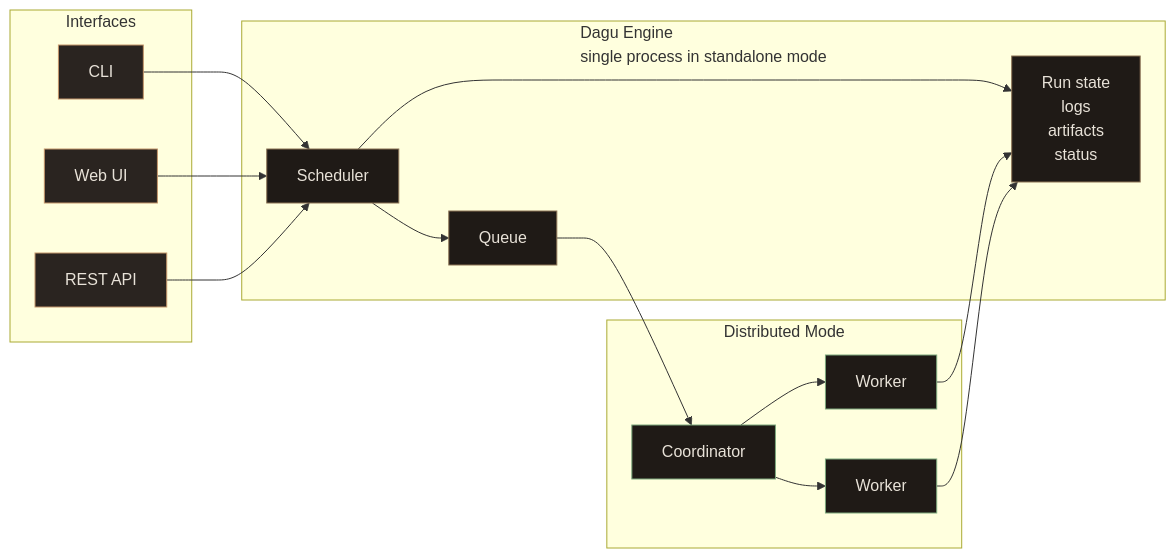
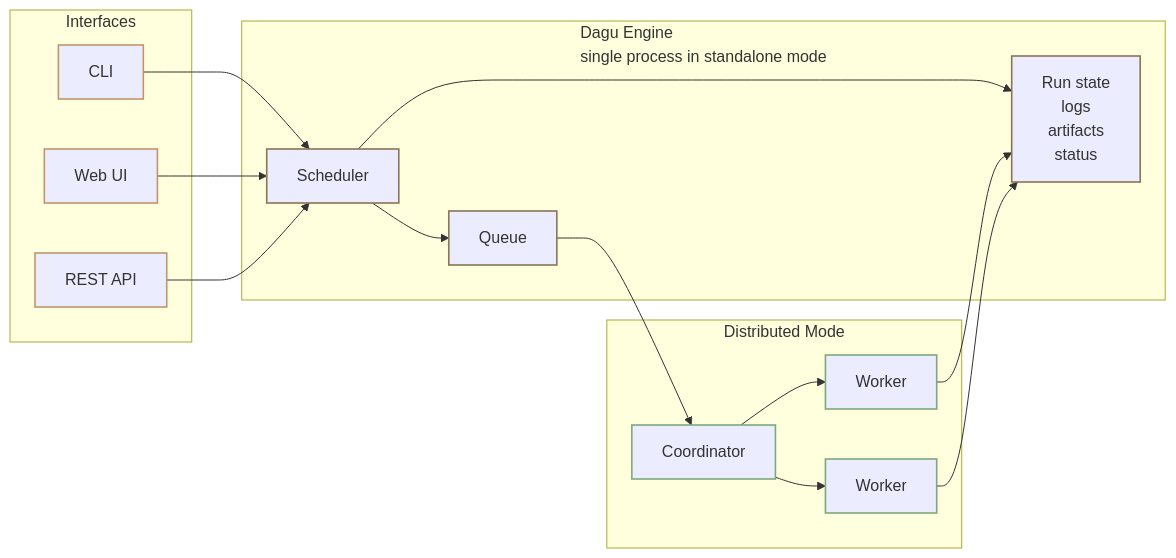
Before and after one commit to dagucloud/docs: the diagram in [page].md, drawn with Mermaid. The commit also changed 2 other files, not shown here.

Commit message:
fix: improve overview mermaid light mode readability

````diff
--- a/[page].md
+++ b/[page].md
@@ -225,39 +225,39 @@
 ```mermaid
 flowchart LR
     subgraph Interfaces["Interfaces"]
         CLI["CLI"]
         UI["Web UI"]
         API["REST API"]
     end
 
     subgraph Dagu["Dagu Engine<br/>single process in standalone mode"]
         Scheduler["Scheduler"]
         Queue["Queue"]
         Runs["Run state<br/>logs<br/>artifacts<br/>status"]
     end
 
     subgraph Distributed["Distributed Mode"]
         Coordinator["Coordinator"]
         WorkerA["Worker"]
         WorkerB["Worker"]
     end
 
     CLI --> Scheduler
     UI --> Scheduler
     API --> Scheduler
 
     Scheduler --> Runs
     Scheduler --> Queue
     Queue --> Coordinator
     Coordinator --> WorkerA
     Coordinator --> WorkerB
     WorkerA --> Runs
     WorkerB --> Runs
 
-    classDef interface fill:#2a2420,stroke:#c4956a,color:#e8e2d8
-    classDef engine fill:#1f1a16,stroke:#8b7355,color:#e8e2d8
-    classDef distributed fill:#1f1a16,stroke:#7da87d,color:#e8e2d8
+    classDef interface stroke:#c4956a,stroke-width:1.6px
+    classDef engine stroke:#8b7355,stroke-width:1.6px
+    classDef distributed stroke:#7da87d,stroke-width:1.6px
     class CLI,UI,API interface
     class Scheduler,Queue,Runs engine
     class Coordinator,WorkerA,WorkerB distributed
 ```
````
